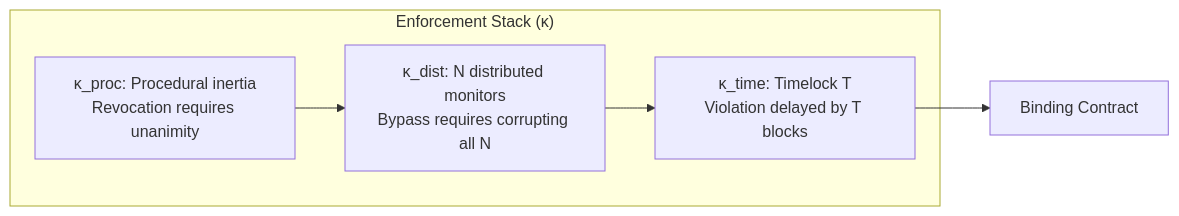
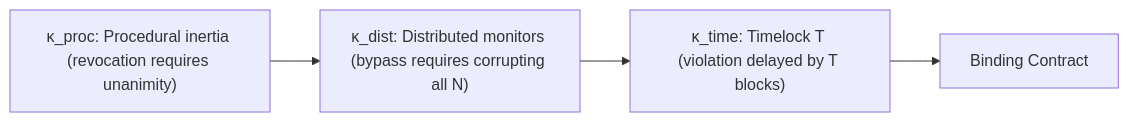
The first of 3 diagrams in book/chapter-03/03-ulysses-contracts.md (xcoder-es/governance-layer), drawn with Mermaid before and after one commit. The commit also changed other lines of this file and 1 other file, not shown here.

Commit message:
Fix Mermaid diagrams in Ch3 and Appendix A — remove HTML br tags for GitHub compatibility

````diff
--- a/book/chapter-03/03-ulysses-contracts.md
+++ b/book/chapter-03/03-ulysses-contracts.md
@@ -158,12 +158,6 @@
 ```mermaid
 graph LR
-    subgraph Enforcement["Enforcement Stack (κ)"]
-        Proc["κ_proc: Procedural inertia<br/>Revocation requires unanimity"]
-        Dist["κ_dist: N distributed monitors<br/>Bypass requires corrupting all N"]
-        Time["κ_time: Timelock T<br/>Violation delayed by T blocks"]
-    end
-
-    Proc --> Dist
-    Dist --> Time
-    Time --> Binding["Binding Contract"]
+    Proc["κ_proc: Procedural inertia (revocation requires unanimity)"] --> Dist
+    Dist["κ_dist: Distributed monitors (bypass requires corrupting all N)"] --> Time
+    Time["κ_time: Timelock T (violation delayed by T blocks)"] --> Binding["Binding Contract"]
 ```
````
